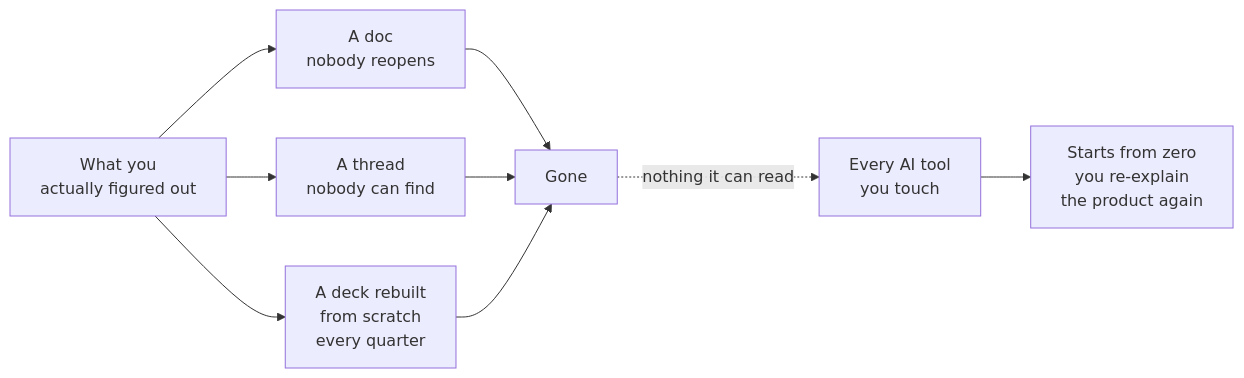
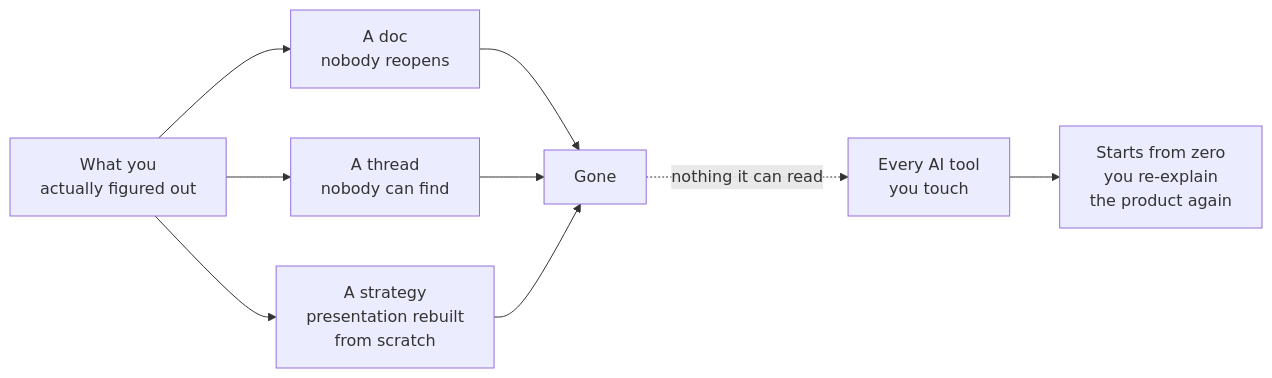
One commit to Productside/Productside-Github4PMs changed the diagram in docs/diagrams/02-where-thinking-dies.md. Above: the diagram before and after it, drawn with Mermaid. The commit also changed other lines of this file and 206 other files, not shown here.

````diff
--- a/docs/diagrams/02-where-thinking-dies.md
+++ b/docs/diagrams/02-where-thinking-dies.md
@@ -7,16 +7,16 @@
 ```mermaid
 flowchart LR
   T["What you<br/>actually figured out"]
   N["A doc<br/>nobody reopens"]
   S["A thread<br/>nobody can find"]
-  D["A deck rebuilt<br/>from scratch<br/>every quarter"]
+  D["A strategy<br/>presentation rebuilt<br/>from scratch"]
   X["Gone"]
   AI["Every AI tool<br/>you touch"]
   Z["Starts from zero<br/>you re-explain<br/>the product again"]
 
   T --> N --> X
   T --> S --> X
   T --> D --> X
   AI --> Z
   X -.->|"nothing it can read"| AI
 ```
````
